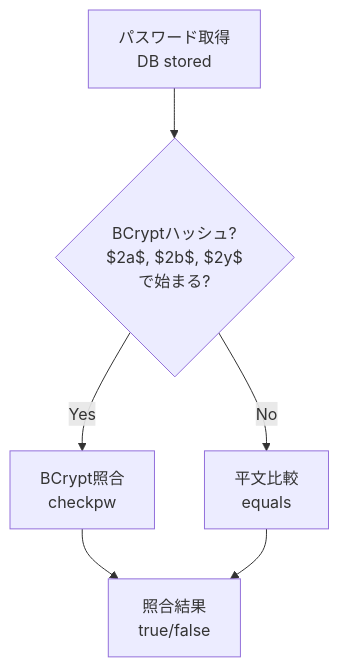
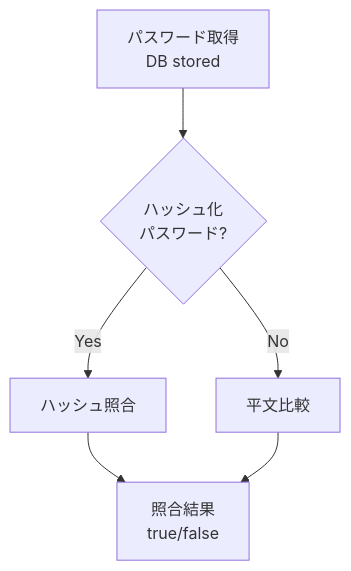
Before and after one commit to KenyaSaitoh/ai_driven_dev_202601: the seventh of 12 diagrams in projects/sdd/bookstore/back-office-api-sdd/specs/baseline/api/API_001_auth/functional_design.md, drawn with Mermaid. The commit also changed other lines of this file and 52 other files, not shown here.

````diff
--- a/projects/sdd/bookstore/back-office-api-sdd/specs/baseline/api/API_001_auth/functional_design.md
+++ b/projects/sdd/bookstore/back-office-api-sdd/specs/baseline/api/API_001_auth/functional_design.md
@@ -547,8 +485,8 @@
 ```mermaid
 flowchart TD
-    Start[パスワード取得<br/>DB stored] --> IsBCrypt{BCryptハッシュ?<br/>$2a$, $2b$, $2y$<br/>で始まる?}
-    IsBCrypt -->|Yes| BCrypt[BCrypt照合<br/>checkpw]
-    IsBCrypt -->|No| Plain[平文比較<br/>equals]
-    BCrypt --> Result[照合結果<br/>true/false]
+    Start[パスワード取得<br/>DB stored] --> IsBCrypt{ハッシュ化<br/>パスワード?}
+    IsBCrypt -->|Yes| Hash[ハッシュ照合]
+    IsBCrypt -->|No| Plain[平文比較]
+    Hash --> Result[照合結果<br/>true/false]
     Plain --> Result
 ```
````
